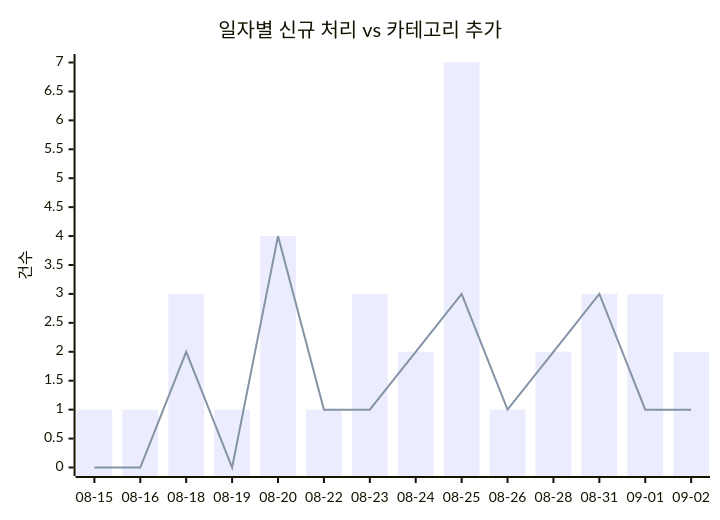
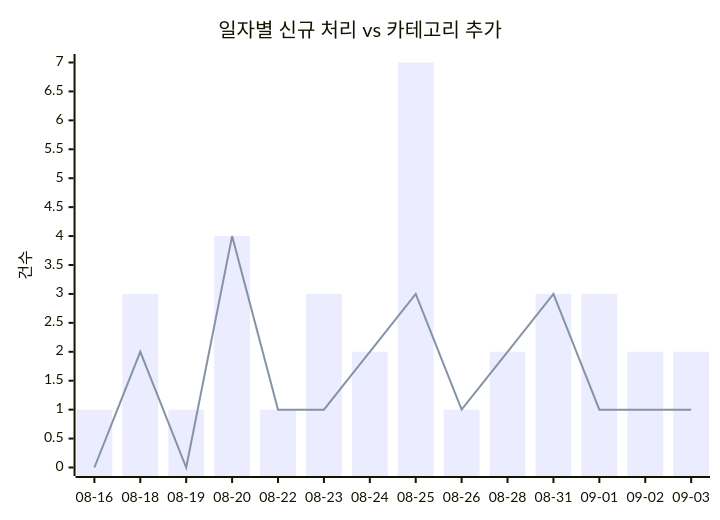
Before and after one commit to J-nowcow/awesome-korean-agent-skills: the first of 2 diagrams in docs/trends.md, drawn with Mermaid. The commit also changed other lines of this file and 4 other files, not shown here.

````diff
--- a/docs/trends.md
+++ b/docs/trends.md
@@ -32,8 +32,8 @@
 ```mermaid
 xychart-beta
     title "일자별 신규 처리 vs 카테고리 추가"
-    x-axis ["08-15","08-16","08-18","08-19","08-20","08-22","08-23","08-24","08-25","08-26","08-28","08-31","09-01","09-02"]
+    x-axis ["08-16","08-18","08-19","08-20","08-22","08-23","08-24","08-25","08-26","08-28","08-31","09-01","09-02","09-03"]
     y-axis "건수"
-    bar [1,1,3,1,4,1,3,2,7,1,2,3,3,2]
-    line [0,0,2,0,4,1,1,2,3,1,2,3,1,1]
+    bar [1,3,1,4,1,3,2,7,1,2,3,3,2,2]
+    line [0,2,0,4,1,1,2,3,1,2,3,1,1,1]
 ```
````
